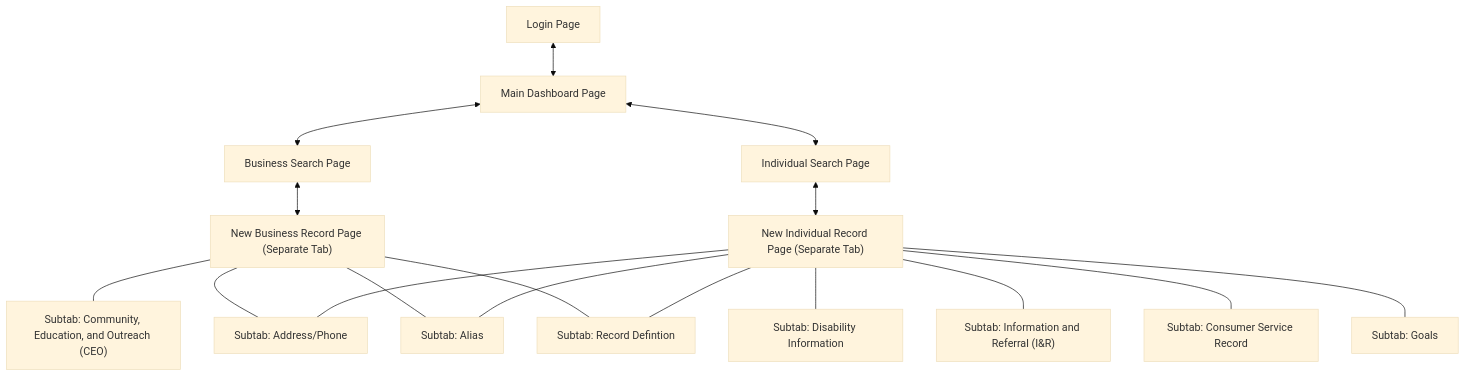
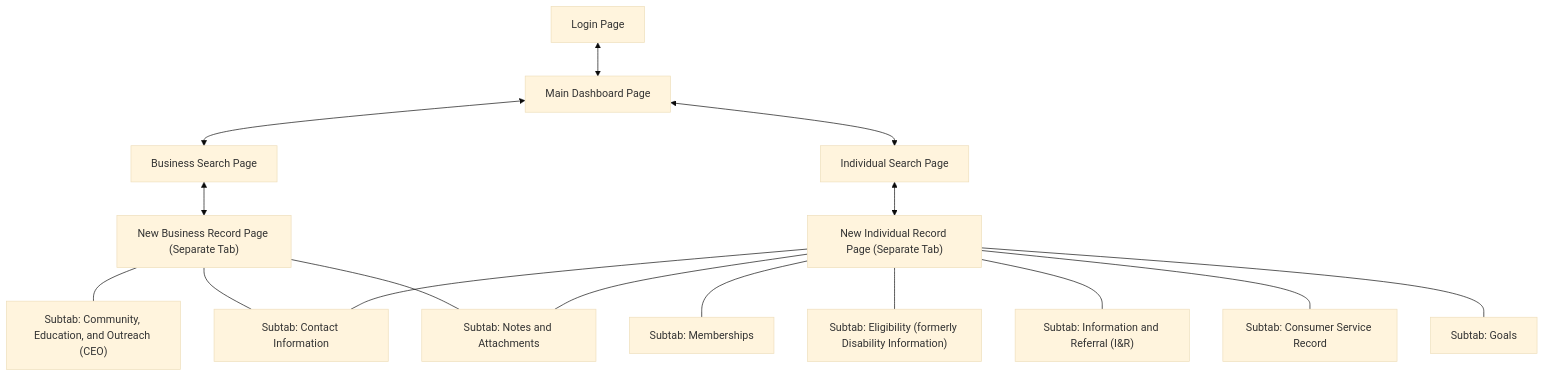
Before and after one commit to OptionsIRCIL/indigo: the diagram in diagram/uiPageFlow.mmd, drawn with Mermaid (base theme). The commit also changed other lines of this file, not shown here.

Commit message:
Modify UI Page Flow to match the new class diagram

```diff
--- a/diagram/uiPageFlow.mmd
+++ b/diagram/uiPageFlow.mmd
@@ -1,28 +1,27 @@
 flowchart TD
-	Contact["Subtab: Address/Phone"]
-	Alias["Subtab: Alias"]
-	RecordDef["Subtab: Record Defintion"]
-	DisInfo["Subtab: Disability Information"]
+	Contact["Subtab: Contact Information"]
+	Eligibility["Subtab: Eligibility (formerly Disability Information)"]
 	IR["Subtab: Information and Referral (I&R)"]
-	Consumer["Subtab: Consumer Service Record"]
+	ConsumerService["Subtab: Consumer Service Record"]
 	Goals["Subtab: Goals"]
 	CEO["Subtab: Community, Education, and Outreach (CEO)"]
+	Memberships["Subtab: Memberships"]
+	Attachments["Subtab: Notes and Attachments"]
 	
     A["Login Page"] <--> B["Main Dashboard Page"]
     B <--> C["Business Search Page"]
     B <--> D["Individual Search Page"]
-    C <--> E["New Business Record Page (Separate Tab)"]
-    D <--> F["New Individual Record Page (Separate Tab)"]
+    C <--> Business["New Business Record Page (Separate Tab)"]
+    D <--> Individual["New Individual Record Page (Separate Tab)"]
 
-    E --- CEO
-    E --- Contact
-    E --- Alias
-    E --- RecordDef
-    F --- Contact
-    F --- Alias
-    F --- RecordDef
-    
- 	F --- DisInfo
-	F --- IR
-	F --- Consumer
-	F --- Goals
+    Business --- CEO
+    Business --- Contact
+	Business --- Attachments
+	
+    Individual --- Contact
+	Individual --- Attachments
+ 	Individual --- Memberships
+ 	Individual --- Eligibility
+	Individual --- IR
+	Individual --- ConsumerService
+	Individual --- Goals
```
